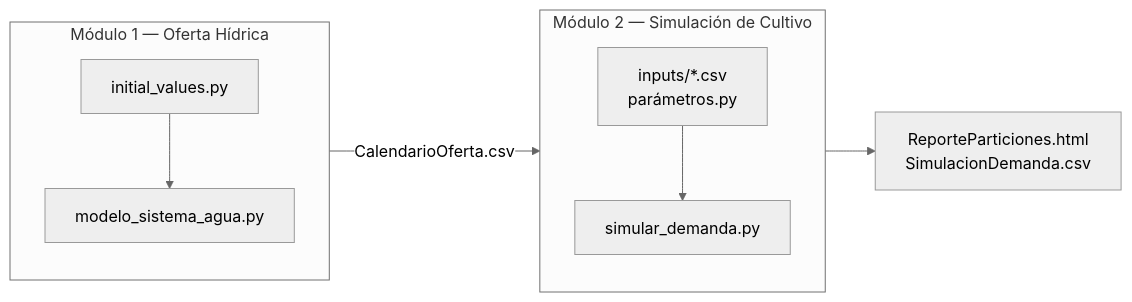
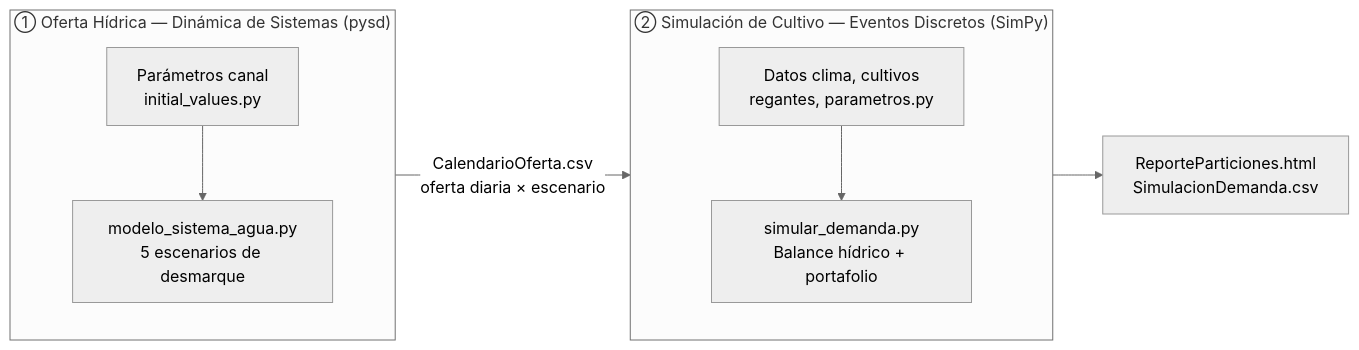
Before and after one commit to toniesky/Simulaci-n-multiparadigma-cultivo: the first of 4 diagrams in README.md, drawn with Mermaid (neutral theme). The commit also changed other lines of this file, not shown here.

Commit message:
docs: agregar diagramas Mermaid especificos por modulo con enfoque deductivo

````diff
--- a/README.md
+++ b/README.md
@@ -47,13 +49,15 @@
 ```mermaid
 graph LR
-    subgraph OH["Módulo 1 — Oferta Hídrica"]
+    subgraph OH["① Oferta Hídrica — Dinámica de Sistemas (pysd)"]
         direction TB
-        IV["initial_values.py"] --> MSA["modelo_sistema_agua.py"]
+        IV["Parámetros canal\ninitial_values.py"] --> MSA["modelo_sistema_agua.py\n5 escenarios de desmarque"]
     end
-    subgraph SC["Módulo 2 — Simulación de Cultivo"]
+
+    subgraph SC["② Simulación de Cultivo — Eventos Discretos (SimPy)"]
         direction TB
-        INP["inputs/*.csv\nparámetros.py"] --> SIM["simular_demanda.py"]
+        INP["Datos clima, cultivos\nregantes, parametros.py"] --> SIM["simular_demanda.py\nBalance hídrico + portafolio"]
     end
-    MSA -->|CalendarioOferta.csv| SIM
-    SIM --> REP["ReporteParticiones.html\nSimulacionDemanda.csv"]
+
+    MSA -->|"CalendarioOferta.csv\noferta diaria × escenario"| SIM
+    SIM --> OUT["ReporteParticiones.html\nSimulacionDemanda.csv"]
 ```
````
